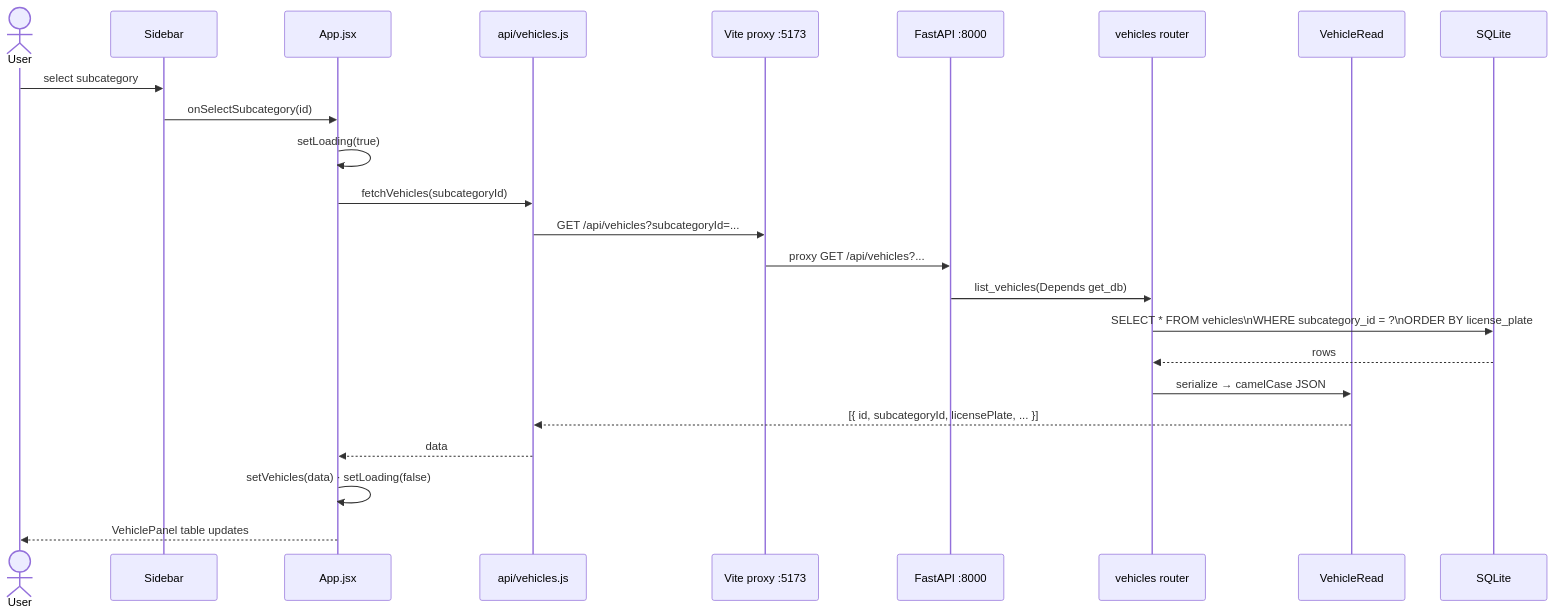
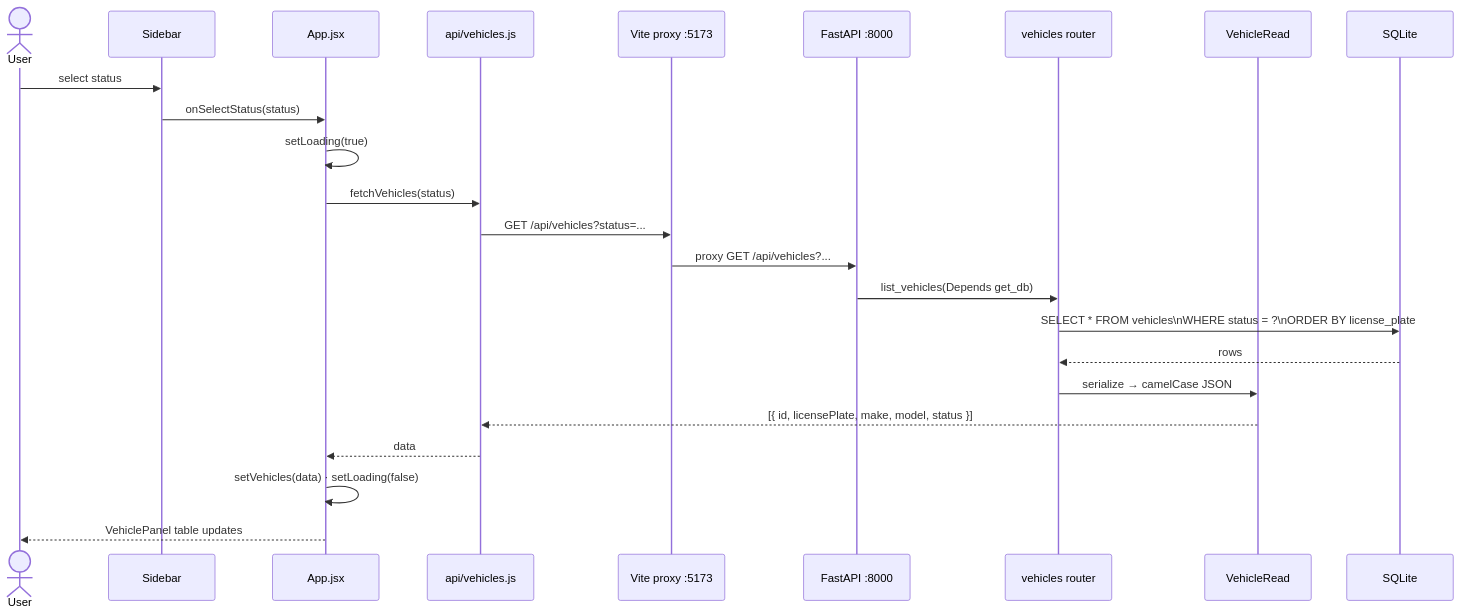
The sixth of 10 diagrams in README.md (ajeske/fleet-app), drawn with Mermaid before and after one commit. The commit also changed other lines of this file and 10 other files, not shown here.

First line of the commit message:
Expand fleet app into status-based browsing with car profiles and records.

````diff
--- a/README.md
+++ b/README.md
@@ -208,27 +223,27 @@
 ```mermaid
 sequenceDiagram
   actor User
   participant Sidebar
   participant App as App.jsx
   participant Api as api/vehicles.js
   participant Vite as Vite proxy :5173
   participant FastAPI as FastAPI :8000
   participant Router as vehicles router
   participant Schema as VehicleRead
   participant DB as SQLite
 
-  User->>Sidebar: select subcategory
-  Sidebar->>App: onSelectSubcategory(id)
+  User->>Sidebar: select status
+  Sidebar->>App: onSelectStatus(status)
   App->>App: setLoading(true)
-  App->>Api: fetchVehicles(subcategoryId)
-  Api->>Vite: GET /api/vehicles?subcategoryId=...
+  App->>Api: fetchVehicles(status)
+  Api->>Vite: GET /api/vehicles?status=...
   Vite->>FastAPI: proxy GET /api/vehicles?...
   FastAPI->>Router: list_vehicles(Depends get_db)
-  Router->>DB: SELECT * FROM vehicles\nWHERE subcategory_id = ?\nORDER BY license_plate
+  Router->>DB: SELECT * FROM vehicles\nWHERE status = ?\nORDER BY license_plate
   DB-->>Router: rows
   Router->>Schema: serialize → camelCase JSON
-  Schema-->>Api: [{ id, subcategoryId, licensePlate, ... }]
+  Schema-->>Api: [{ id, licensePlate, make, model, status }]
   Api-->>App: data
   App->>App: setVehicles(data) · setLoading(false)
   App-->>User: VehiclePanel table updates
 ```
````
